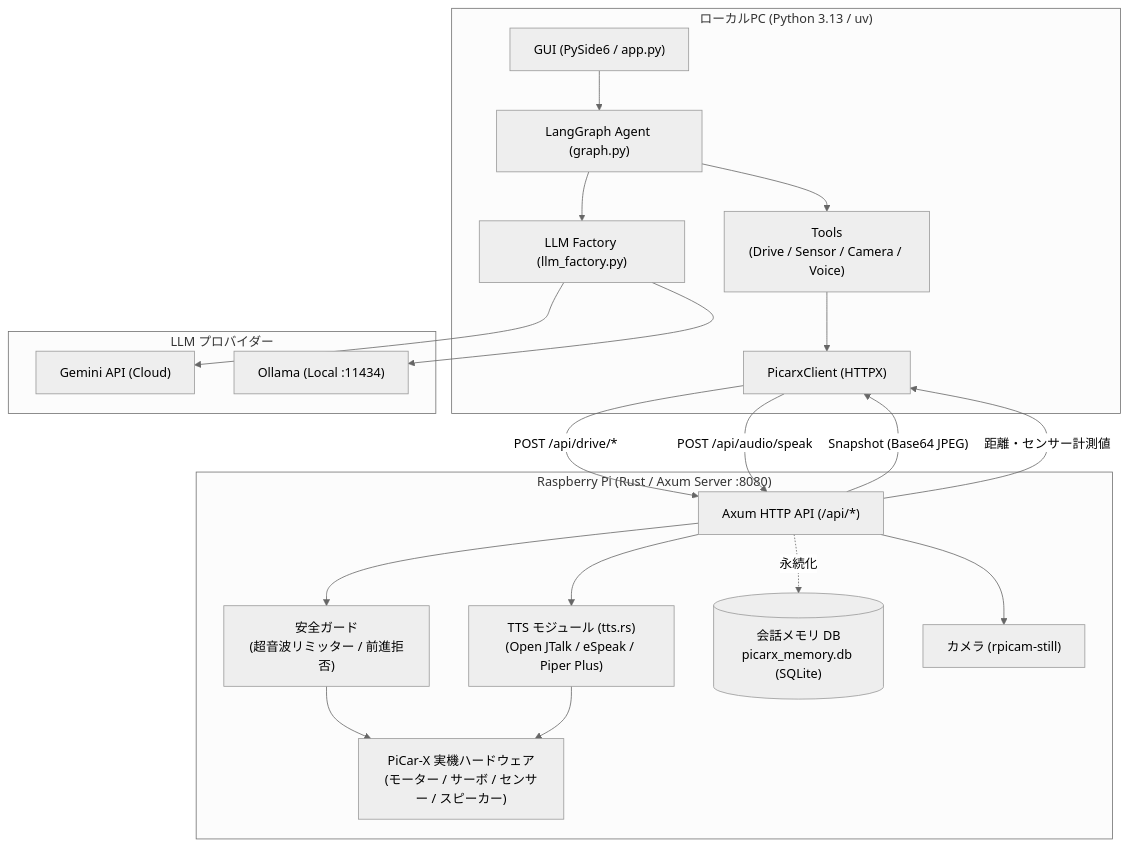
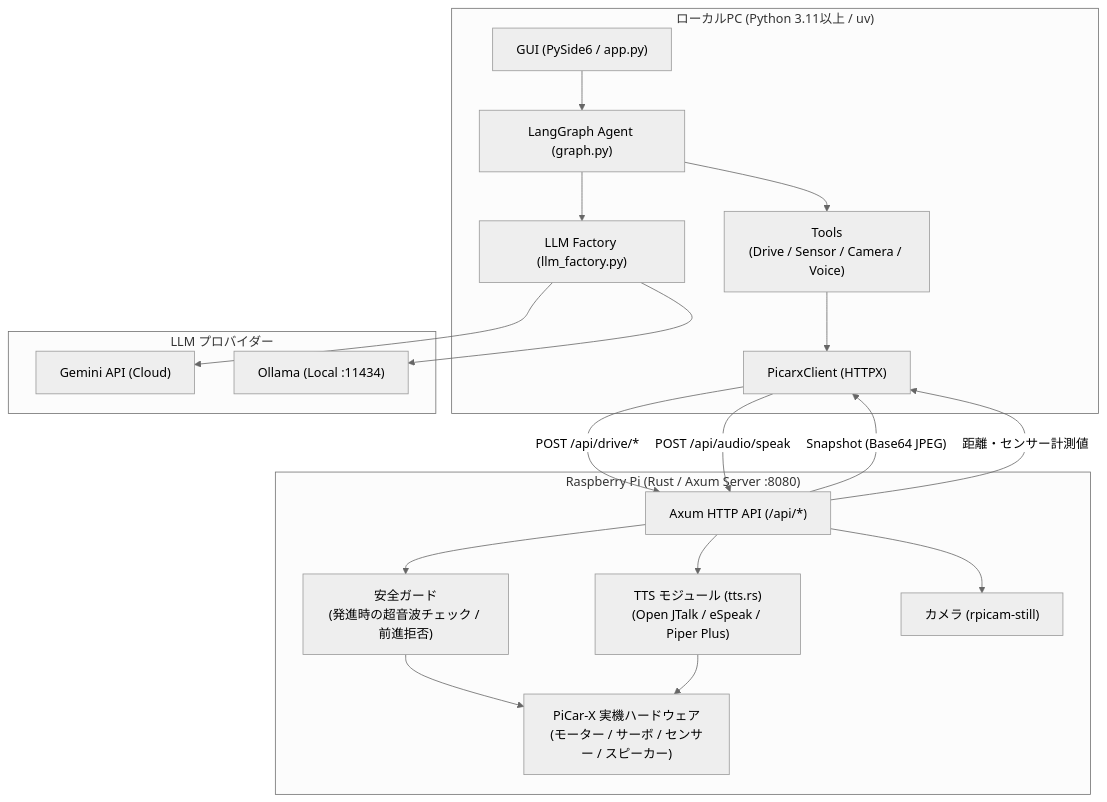
Before and after one commit to Yuyta/E2E_Driving_PicarX_rspi: the diagram in APPLICATION_SPECIFICATION.md, drawn with Mermaid (neutral theme). The commit also changed other lines of this file and 6 other files, not shown here.

First line of the commit message:
docs: align specs and roadmap with the implementation and project goal

````diff
--- a/APPLICATION_SPECIFICATION.md
+++ b/APPLICATION_SPECIFICATION.md
@@ -21,41 +24,39 @@
 ```mermaid
 flowchart TD
-    subgraph PC["ローカルPC (Python 3.13 / uv)"]
+    subgraph PC["ローカルPC (Python 3.11以上 / uv)"]
         UI["GUI (PySide6 / app.py)"]
         Graph["LangGraph Agent (graph.py)"]
         Tools["Tools<br>(Drive / Sensor / Camera / Voice)"]
         Client["PicarxClient (HTTPX)"]
         LLMFactory["LLM Factory (llm_factory.py)"]
     end
 
     subgraph LLM["LLM プロバイダー"]
         Gemini["Gemini API (Cloud)"]
         Ollama["Ollama (Local :11434)"]
     end
 
     subgraph Pi["Raspberry Pi (Rust / Axum Server :8080)"]
         API["Axum HTTP API (/api/*)"]
-        Safety["安全ガード<br>(超音波リミッター / 前進拒否)"]
+        Safety["安全ガード<br>(発進時の超音波チェック / 前進拒否)"]
         TTS["TTS モジュール (tts.rs)<br>(Open JTalk / eSpeak / Piper Plus)"]
-        Memory[("会話メモリ DB<br>picarx_memory.db (SQLite)")]
         Cam["カメラ (rpicam-still)"]
         HW["PiCar-X 実機ハードウェア<br>(モーター / サーボ / センサー / スピーカー)"]
     end
 
     UI --> Graph
     Graph --> Tools
     Tools --> Client
     Graph --> LLMFactory
     LLMFactory --> Gemini & Ollama
 
     Client -- "POST /api/drive/*" --> API
     Client -- "POST /api/audio/speak" --> API
     API -- "Snapshot (Base64 JPEG)" --> Client
     API -- "距離・センサー計測値" --> Client
 
     API --> Safety
     Safety --> HW
     API --> TTS --> HW
     API --> Cam
-    API -. "永続化" .-> Memory
 ```
````
